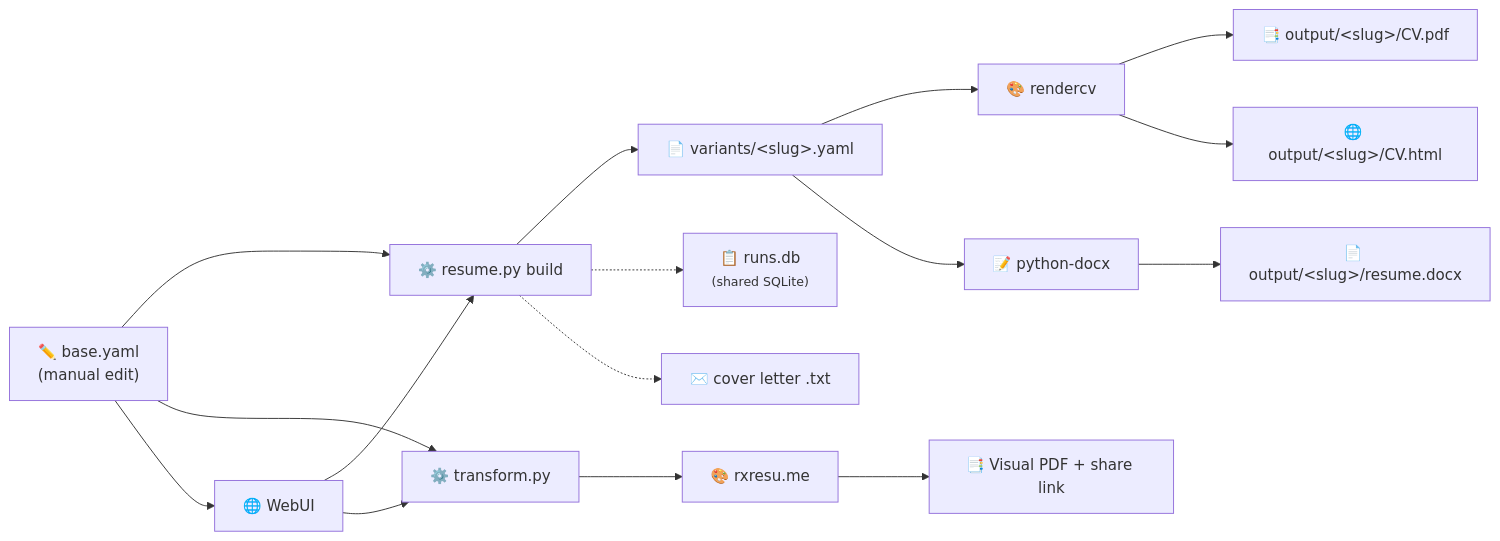
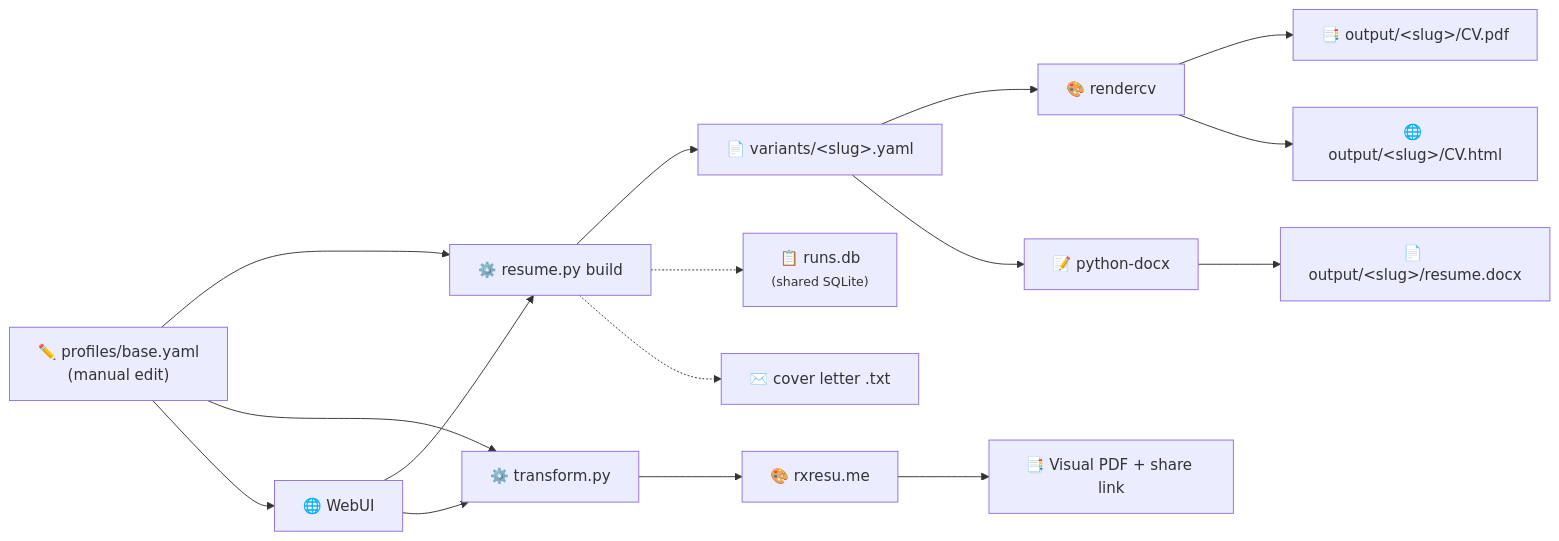
Before and after one commit to jxjwilliam/resume-generator: the first of 2 diagrams in README.md, drawn with Mermaid. The commit also changed other lines of this file and 22 other files, not shown here.

````diff
--- a/README.md
+++ b/README.md
@@ -66,18 +66,18 @@
 ```mermaid
 flowchart LR
-    A["✏️ base.yaml<br/>(manual edit)"] --> B["⚙️ resume.py build"]
+    A["✏️ profiles/base.yaml<br/>(manual edit)"] --> B["⚙️ resume.py build"]
     A --> T["⚙️ transform.py"]
     A --> U["🌐 WebUI"]
     U --> B
     U --> T
     B --> C["📄 variants/&lt;slug&gt;.yaml"]
     C --> D["🎨 rendercv"]
     C --> W["📝 python-docx"]
     D --> E["📑 output/&lt;slug&gt;/CV.pdf"]
     D --> F["🌐 output/&lt;slug&gt;/CV.html"]
     W --> X["📄 output/&lt;slug&gt;/resume.docx"]
     T --> R["🎨 rxresu.me"]
     R --> G["📑 Visual PDF + share link"]
     B -.-> H["📋 runs.db<br/><small>(shared SQLite)</small>"]
     B -.-> L["✉️ cover letter .txt"]
 ```
````
